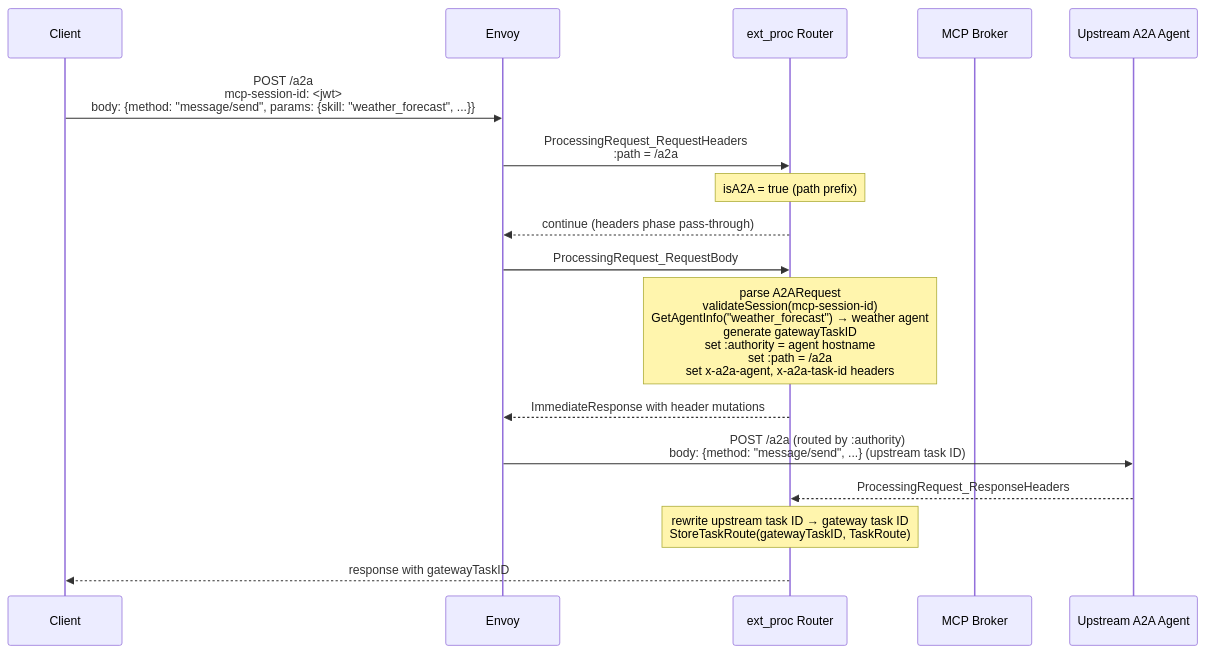
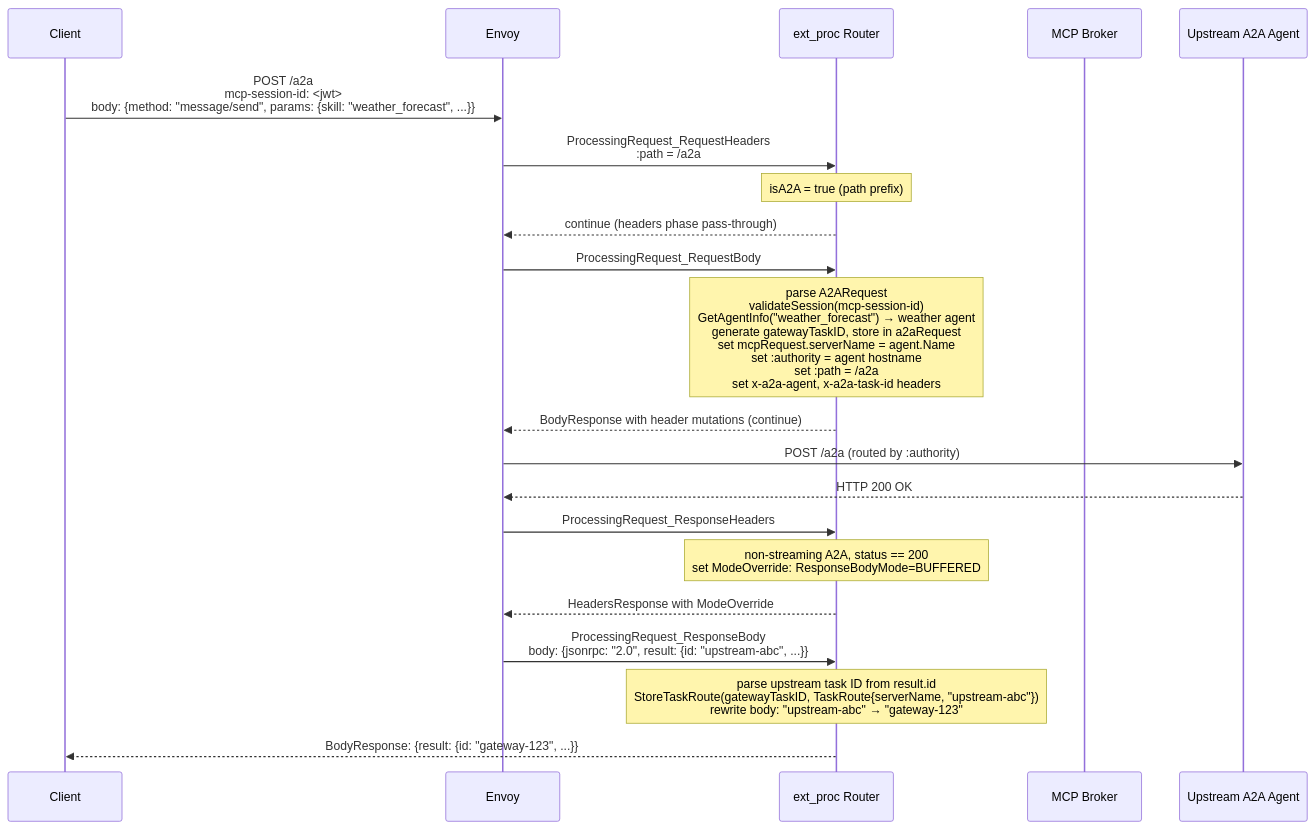
Before and after one commit to Aman-Cool/mcp-gateway: the second of 5 diagrams in docs/design/a2a/a2a-design.md, drawn with Mermaid. The commit also changed other lines of this file and 1 other file, not shown here.

First line of the commit message:
docs: fix ext_proc flow, task route timing, and missing phases in A2A design

````diff
--- a/docs/design/a2a/a2a-design.md
+++ b/docs/design/a2a/a2a-design.md
@@ -128,20 +128,24 @@
 ```mermaid
 sequenceDiagram
     participant Client
     participant Envoy
     participant Router as ext_proc Router
     participant Broker as MCP Broker
     participant Upstream as Upstream A2A Agent
 
     Client->>Envoy: POST /a2a<br/>mcp-session-id: <jwt><br/>body: {method: "message/send", params: {skill: "weather_forecast", ...}}
     Envoy->>Router: ProcessingRequest_RequestHeaders<br/>:path = /a2a
     Note over Router: isA2A = true (path prefix)
     Router-->>Envoy: continue (headers phase pass-through)
     Envoy->>Router: ProcessingRequest_RequestBody
-    Note over Router: parse A2ARequest<br/>validateSession(mcp-session-id)<br/>GetAgentInfo("weather_forecast") → weather agent<br/>generate gatewayTaskID<br/>set :authority = agent hostname<br/>set :path = /a2a<br/>set x-a2a-agent, x-a2a-task-id headers
-    Router-->>Envoy: ImmediateResponse with header mutations
-    Envoy->>Upstream: POST /a2a (routed by :authority)<br/>body: {method: "message/send", ...} (upstream task ID)
-    Upstream-->>Router: ProcessingRequest_ResponseHeaders
-    Note over Router: rewrite upstream task ID → gateway task ID<br/>StoreTaskRoute(gatewayTaskID, TaskRoute)
-    Router-->>Client: response with gatewayTaskID
+    Note over Router: parse A2ARequest<br/>validateSession(mcp-session-id)<br/>GetAgentInfo("weather_forecast") → weather agent<br/>generate gatewayTaskID, store in a2aRequest<br/>set mcpRequest.serverName = agent.Name<br/>set :authority = agent hostname<br/>set :path = /a2a<br/>set x-a2a-agent, x-a2a-task-id headers
+    Router-->>Envoy: BodyResponse with header mutations (continue)
+    Envoy->>Upstream: POST /a2a (routed by :authority)
+    Upstream-->>Envoy: HTTP 200 OK
+    Envoy->>Router: ProcessingRequest_ResponseHeaders
+    Note over Router: non-streaming A2A, status == 200<br/>set ModeOverride: ResponseBodyMode=BUFFERED
+    Router-->>Envoy: HeadersResponse with ModeOverride
+    Envoy->>Router: ProcessingRequest_ResponseBody<br/>body: {jsonrpc: "2.0", result: {id: "upstream-abc", ...}}
+    Note over Router: parse upstream task ID from result.id<br/>StoreTaskRoute(gatewayTaskID, TaskRoute{serverName, "upstream-abc"})<br/>rewrite body: "upstream-abc" → "gateway-123"
+    Router-->>Client: BodyResponse: {result: {id: "gateway-123", ...}}
 ```
````
